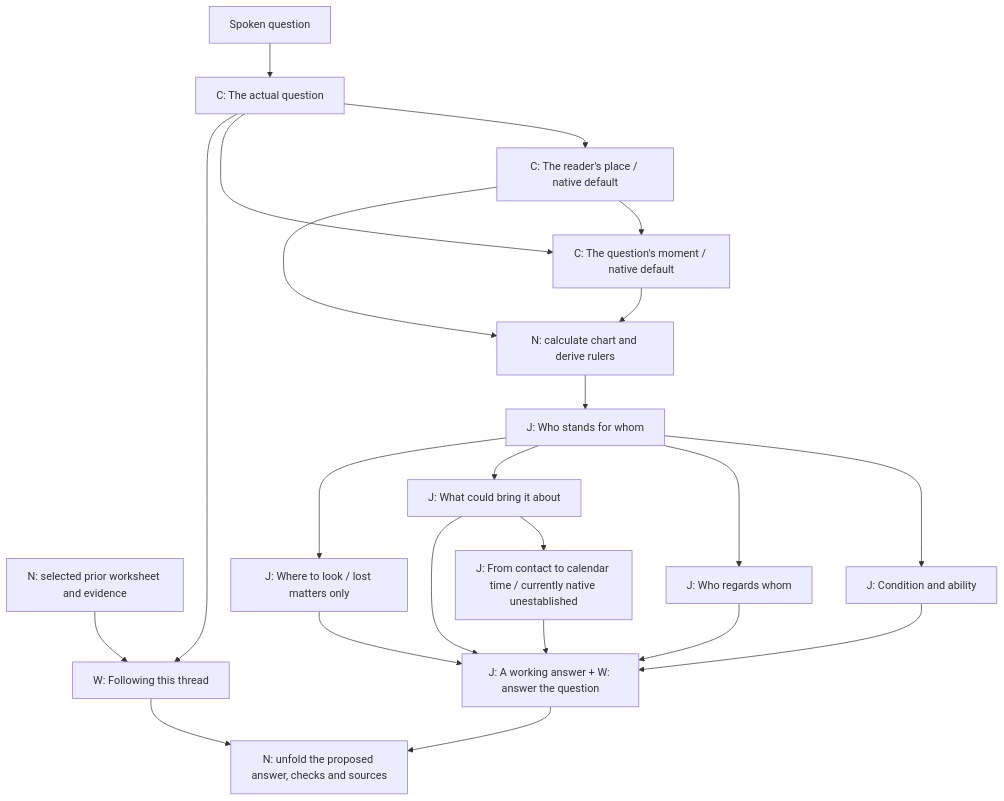
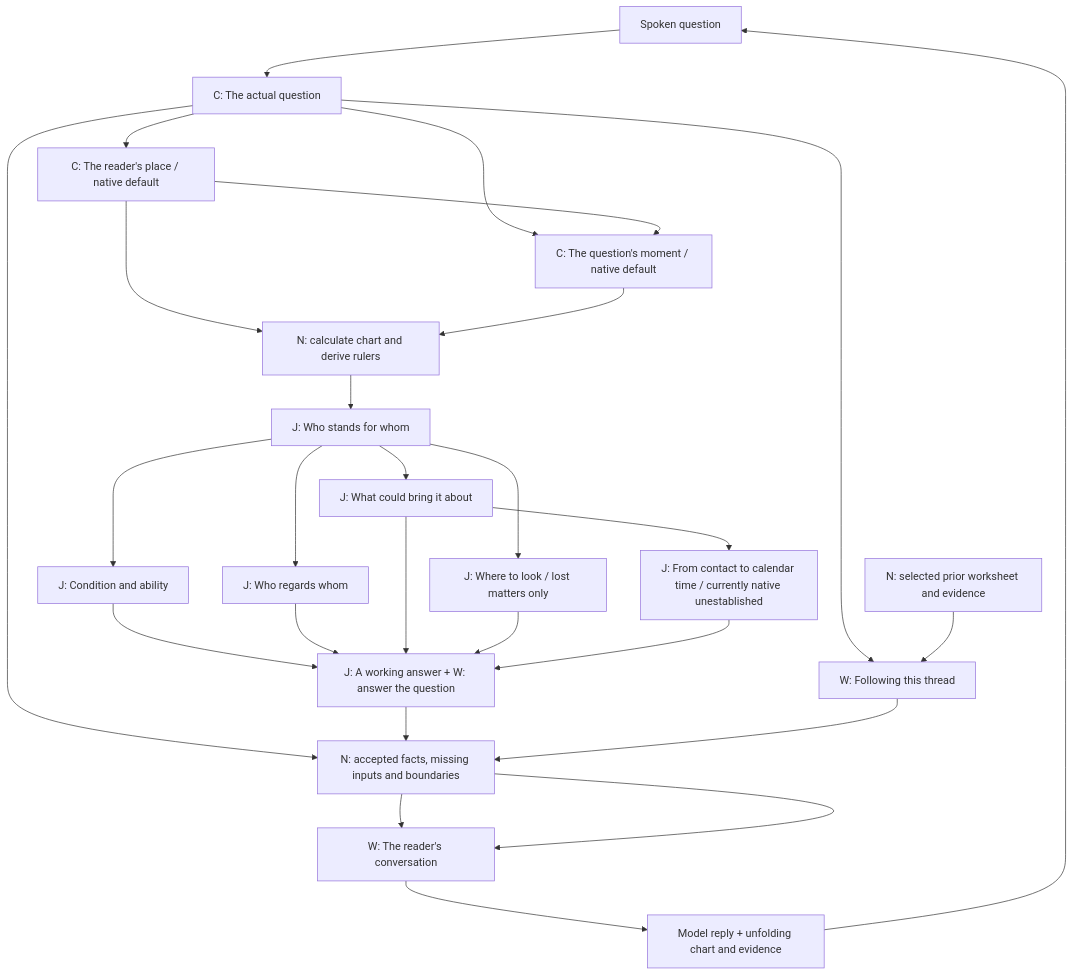
Before and after one commit to delysis/horary-web: the third of 5 diagrams in docs/LLM_PROCESS.md, drawn with Mermaid. The commit also changed other lines of this file and 32 other files, not shown here.

````diff
--- a/docs/LLM_PROCESS.md
+++ b/docs/LLM_PROCESS.md
@@ -75,49 +79,56 @@
 ```mermaid
 flowchart TB
   words["Spoken question"]
   chart["N: calculate chart and derive rulers"]
   retained_step["N: selected prior worksheet and evidence"]
   intake["C: The actual question"]
   words --> intake
   click intake href "#lesson-intake" "Inspect its actual lesson"
   place["C: The reader's place / native default"]
   intake --> place
   click place href "#lesson-place" "Inspect its actual lesson"
   moment["C: The question's moment / native default"]
   intake --> moment
   place --> moment
   click moment href "#lesson-moment" "Inspect its actual lesson"
   significators["J: Who stands for whom"]
   chart --> significators
   click significators href "#lesson-significators_other" "Inspect its actual lesson"
   condition["J: Condition and ability"]
   significators --> condition
   click condition href "#lesson-condition" "Inspect its actual lesson"
   reception["J: Who regards whom"]
   significators --> reception
   click reception href "#lesson-reception" "Inspect its actual lesson"
   contacts["J: What could bring it about"]
   significators --> contacts
   click contacts href "#lesson-contacts" "Inspect its actual lesson"
   location["J: Where to look / lost matters only"]
   significators --> location
   click location href "#lesson-location" "Inspect its actual lesson"
   timing["J: From contact to calendar time / currently native unestablished"]
   contacts --> timing
   click timing href "#lesson-timing" "Inspect its actual lesson"
   judgment["J: A working answer + W: answer the question"]
   condition --> judgment
   reception --> judgment
   contacts --> judgment
   location --> judgment
   timing --> judgment
   click judgment href "#lesson-judgment" "Inspect its actual lesson"
   explanation["W: Following this thread"]
   intake --> explanation
   retained_step --> explanation
   click explanation href "#lesson-explanation" "Inspect its actual lesson"
+  conversation["W: The reader's conversation"]
+  consultation_clipboard --> conversation
+  click conversation href "#lesson-conversation" "Inspect its actual lesson"
   place --> chart
   moment --> chart
-  judgment --> document["N: unfold the proposed answer, checks and sources"]
-  explanation --> document
+  intake --> consultation_clipboard["N: accepted facts, missing inputs and boundaries"]
+  judgment --> consultation_clipboard
+  explanation --> consultation_clipboard
+  consultation_clipboard --> conversation
+  conversation --> document["Model reply + unfolding chart and evidence"]
+  document --> words
 ```
````
